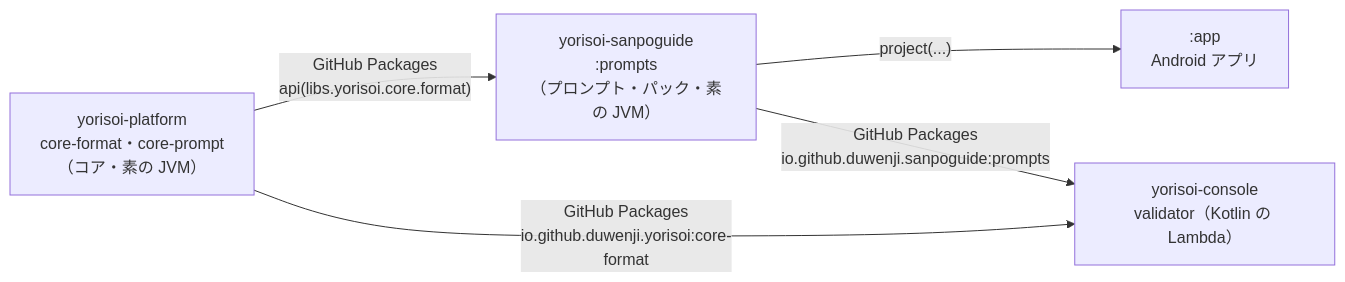
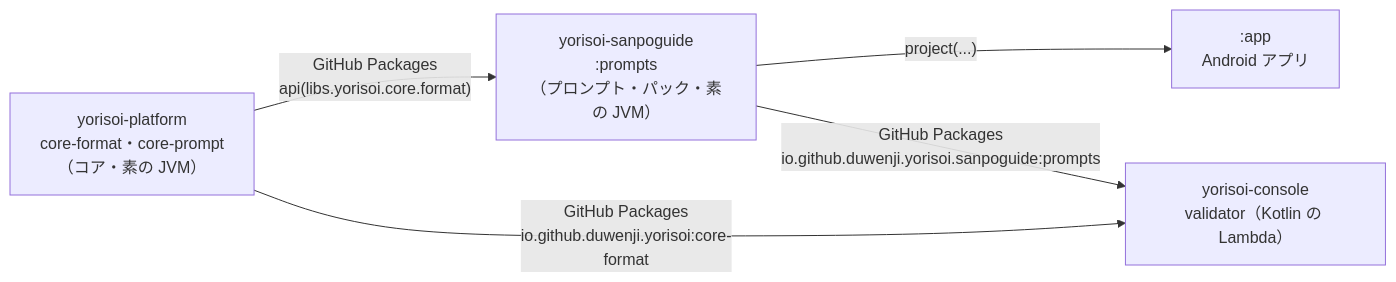
One commit to duwenji/yorisoi-tutorial changed the diagram in 05-station-format/01-jvm-library.md. Above: the diagram before and after it, drawn with Mermaid. The commit also changed other lines of this file and 34 other files, not shown here.

First line of the commit message:
docs: SanpoGuide の識別子 io.github.duwenji.yorisoi.sanpoguide に追従する

````diff
--- a/05-station-format/01-jvm-library.md
+++ b/05-station-format/01-jvm-library.md
@@ -35,9 +35,9 @@
 ```mermaid
 flowchart LR
     CORE["yorisoi-platform<br/>core-format・core-prompt<br/>（コア・素の JVM）"]
     PACK["yorisoi-sanpoguide<br/>:prompts<br/>（プロンプト・パック・素の JVM）"]
     CORE -->|"GitHub Packages<br/>api(libs.yorisoi.core.format)"| PACK
     PACK -->|"project(...)"| APP[":app<br/>Android アプリ"]
     CORE -->|"GitHub Packages<br/>io.github.duwenji.yorisoi:core-format"| VAL["yorisoi-console<br/>validator（Kotlin の Lambda）"]
-    PACK -->|"GitHub Packages<br/>io.github.duwenji.sanpoguide:prompts"| VAL
+    PACK -->|"GitHub Packages<br/>io.github.duwenji.yorisoi.sanpoguide:prompts"| VAL
 ```
````
